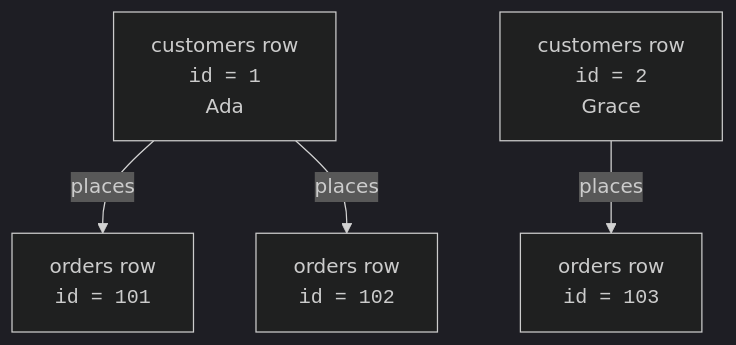
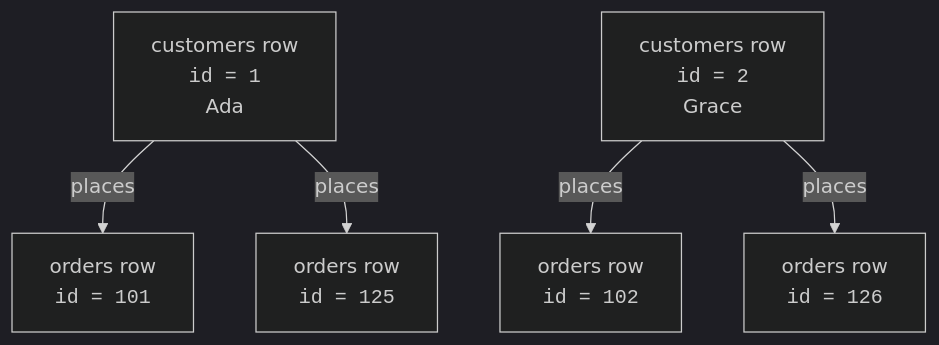
Before and after one commit to dataslope/dataslope: the second of 6 diagrams in content/courses/database-design-postgresql/what-are-relationships.mdx, drawn with Mermaid (dark theme). The commit also changed 1380 other files, not shown here.

````diff
--- a/content/courses/database-design-postgresql/what-are-relationships.mdx
+++ b/content/courses/database-design-postgresql/what-are-relationships.mdx
@@ -38,6 +38,7 @@
 ```mermaid
 flowchart TB
     C["customers row<br/><code>id = 1</code><br/>Ada"] -->|places| O1["orders row<br/><code>id = 101</code>"]
-    C -->|places| O2["orders row<br/><code>id = 102</code>"]
-    G["customers row<br/><code>id = 2</code><br/>Grace"] -->|places| O3["orders row<br/><code>id = 103</code>"]
+    C -->|places| O2["orders row<br/><code>id = 125</code>"]
+    G["customers row<br/><code>id = 2</code><br/>Grace"] -->|places| O3["orders row<br/><code>id = 102</code>"]
+    G -->|places| O4["orders row<br/><code>id = 126</code>"]
 ```
````
